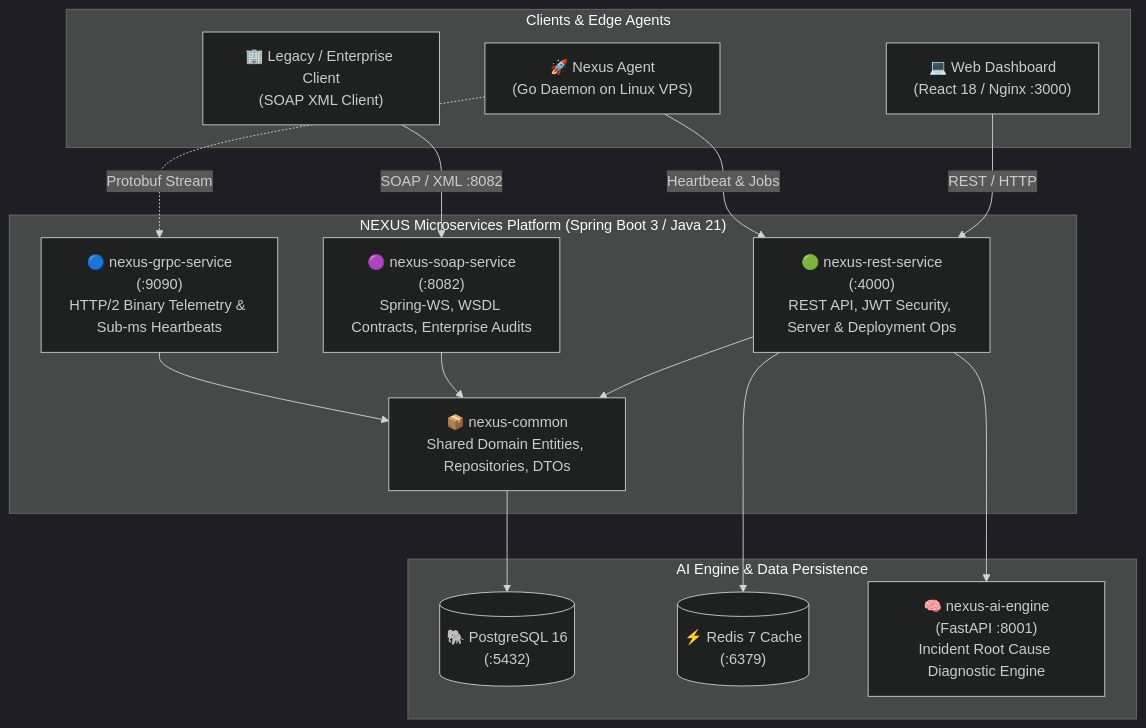
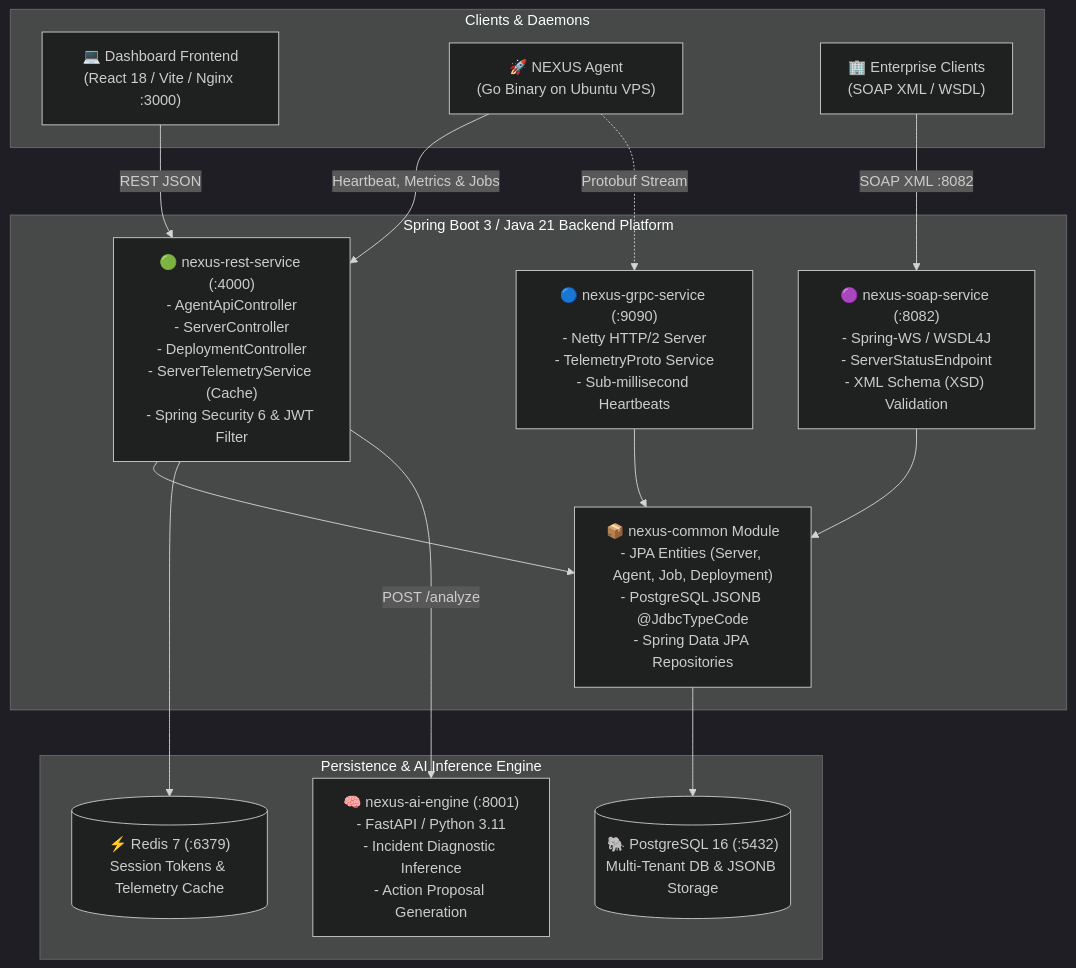
One commit to Rafaaa4/NEXUS_AI_SERVER changed the second of 3 diagrams in README.md. Above: the diagram before and after it, drawn with Mermaid (dark theme). The commit also changed other lines of this file, not shown here.

Commit message:
docs: comprehensive project walkthrough, microservices architecture, and 24/7 agent daemon setup guide

````diff
--- a/README.md
+++ b/README.md
@@ -46,34 +104,37 @@
 ```mermaid
 flowchart TD
-    subgraph Clients["Clients & Edge Agents"]
-        Dashboard["💻 Web Dashboard<br/>(React 18 / Nginx :3000)"]
-        Agent["🚀 Nexus Agent<br/>(Go Daemon on Linux VPS)"]
-        Enterprise["🏢 Legacy / Enterprise Client<br/>(SOAP XML Client)"]
+    subgraph Edge["Clients & Daemons"]
+        WebUI["💻 Dashboard Frontend<br/>(React 18 / Vite / Nginx :3000)"]
+        Agent["🚀 NEXUS Agent<br/>(Go Binary on Ubuntu VPS)"]
+        Enterprise["🏢 Enterprise Clients<br/>(SOAP XML / WSDL)"]
     end
 
-    subgraph Platform["NEXUS Microservices Platform (Spring Boot 3 / Java 21)"]
-        RestAPI["🟢 nexus-rest-service<br/>(:4000)<br/>REST API, JWT Security, Server & Deployment Ops"]
-        SoapWS["🟣 nexus-soap-service<br/>(:8082)<br/>Spring-WS, WSDL Contracts, Enterprise Audits"]
-        GrpcRPC["🔵 nexus-grpc-service<br/>(:9090)<br/>HTTP/2 Binary Telemetry & Sub-ms Heartbeats"]
-        Common["📦 nexus-common<br/>Shared Domain Entities, Repositories, DTOs"]
+    subgraph BackendCluster["Spring Boot 3 / Java 21 Backend Platform"]
+        RestService["🟢 nexus-rest-service (:4000)<br/>- AgentApiController<br/>- ServerController<br/>- DeploymentController<br/>- ServerTelemetryService (Cache)<br/>- Spring Security 6 & JWT Filter"]
+        
+        SoapService["🟣 nexus-soap-service (:8082)<br/>- Spring-WS / WSDL4J<br/>- ServerStatusEndpoint<br/>- XML Schema (XSD) Validation"]
+        
+        GrpcService["🔵 nexus-grpc-service (:9090)<br/>- Netty HTTP/2 Server<br/>- TelemetryProto Service<br/>- Sub-millisecond Heartbeats"]
+        
+        CommonLib["📦 nexus-common Module<br/>- JPA Entities (Server, Agent, Job, Deployment)<br/>- PostgreSQL JSONB @JdbcTypeCode<br/>- Spring Data JPA Repositories"]
     end
 
-    subgraph AIAndData["AI Engine & Data Persistence"]
-        Postgres[("🐘 PostgreSQL 16<br/>(:5432)")]
-        RedisStore[("⚡ Redis 7 Cache<br/>(:6379)")]
-        AIEngine["🧠 nexus-ai-engine<br/>(FastAPI :8001)<br/>Incident Root Cause Diagnostic Engine"]
+    subgraph DataAndAI["Persistence & AI Inference Engine"]
+        AIEngine["🧠 nexus-ai-engine (:8001)<br/>- FastAPI / Python 3.11<br/>- Incident Diagnostic Inference<br/>- Action Proposal Generation"]
+        Postgres[("🐘 PostgreSQL 16 (:5432)<br/>Multi-Tenant DB & JSONB Storage")]
+        RedisCache[("⚡ Redis 7 (:6379)<br/>Session Tokens & Telemetry Cache")]
     end
 
-    Dashboard -->|REST / HTTP| RestAPI
-    Agent -->|Heartbeat & Jobs| RestAPI
-    Agent -.->|Protobuf Stream| GrpcRPC
-    Enterprise -->|SOAP / XML :8082| SoapWS
+    WebUI -->|REST JSON| RestService
+    Agent -->|Heartbeat, Metrics & Jobs| RestService
+    Agent -.->|Protobuf Stream| GrpcService
+    Enterprise -->|SOAP XML :8082| SoapService
 
-    RestAPI --> Common
-    SoapWS --> Common
-    GrpcRPC --> Common
+    RestService --> CommonLib
+    SoapService --> CommonLib
+    GrpcService --> CommonLib
 
-    Common --> Postgres
-    RestAPI --> RedisStore
-    RestAPI --> AIEngine
+    CommonLib --> Postgres
+    RestService --> RedisCache
+    RestService -->|POST /analyze| AIEngine
 ```
````
